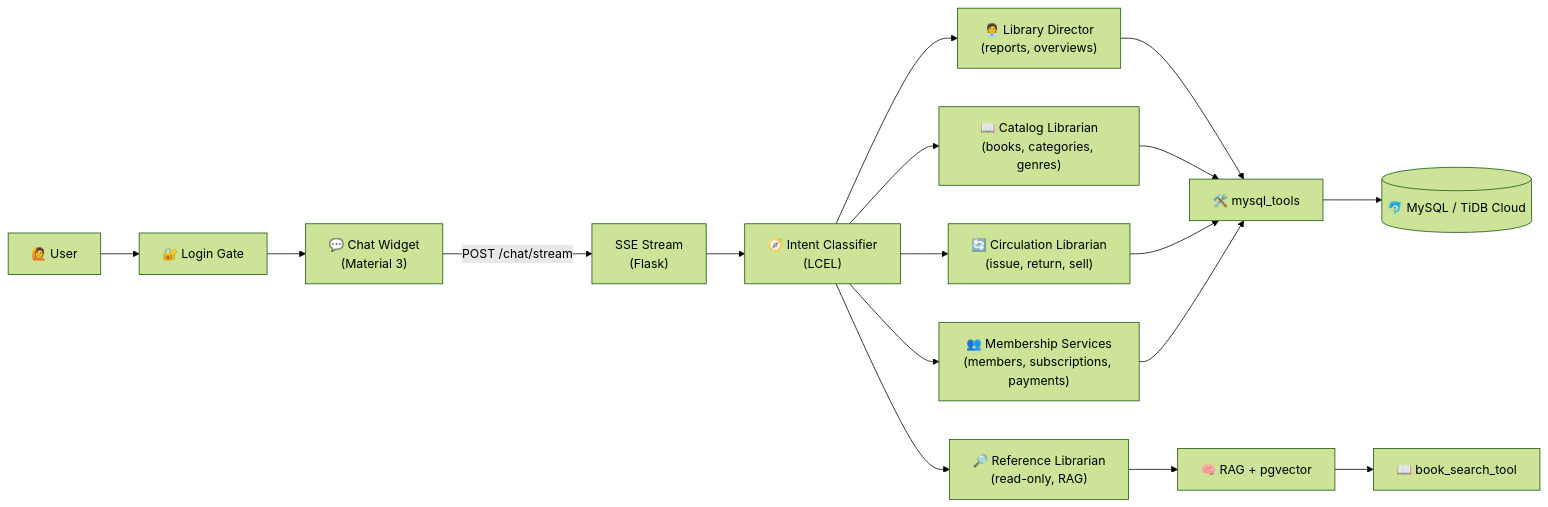
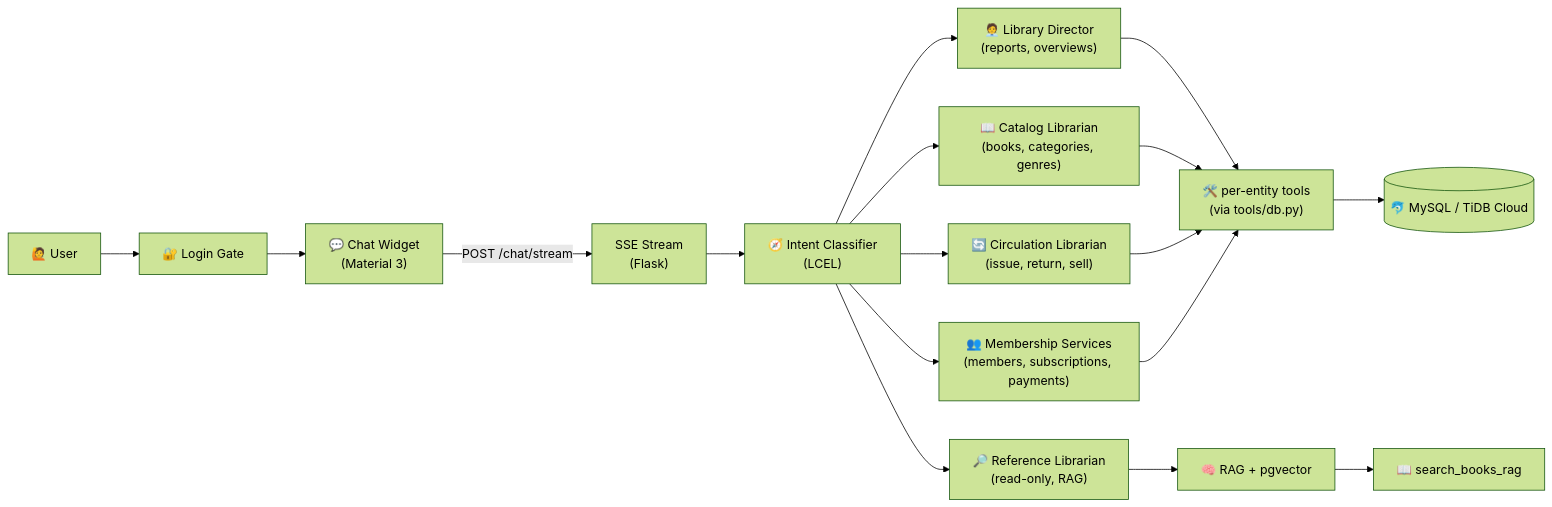
Before and after one commit to kairav7220/library-management-system-dbms: the diagram in README.md, drawn with Mermaid (forest theme). The commit also changed other lines of this file and 1 other file, not shown here.

````diff
--- a/README.md
+++ b/README.md
@@ -55,19 +55,19 @@
 ```mermaid
 flowchart LR
   User["🙋 User"] --> Auth["🔐 Login Gate"]
   Auth --> Widget["💬 Chat Widget<br/>(Material 3)"]
   Widget -->|"POST /chat/stream"| SSE["SSE Stream<br/>(Flask)"]
   SSE --> Classifier["🧭 Intent Classifier<br/>(LCEL)"]
   Classifier --> Director["🧑‍💼 Library Director<br/>(reports, overviews)"]
   Classifier --> Catalog["📖 Catalog Librarian<br/>(books, categories, genres)"]
   Classifier --> Circulation["🔄 Circulation Librarian<br/>(issue, return, sell)"]
   Classifier --> Membership["👥 Membership Services<br/>(members, subscriptions, payments)"]
   Classifier --> Reference["🔎 Reference Librarian<br/>(read-only, RAG)"]
-  Director --> DB1["🛠️ mysql_tools"]
+  Director --> DB1["🛠️ per-entity tools<br/>(via tools/db.py)"]
   Catalog --> DB1
   Circulation --> DB1
   Membership --> DB1
   Reference --> RAG["🧠 RAG + pgvector"]
-  RAG --> Tools2["📖 book_search_tool"]
+  RAG --> Tools2["📖 search_books_rag"]
   DB1 --> MySQL[("🐬 MySQL / TiDB Cloud")]
 ```
````
